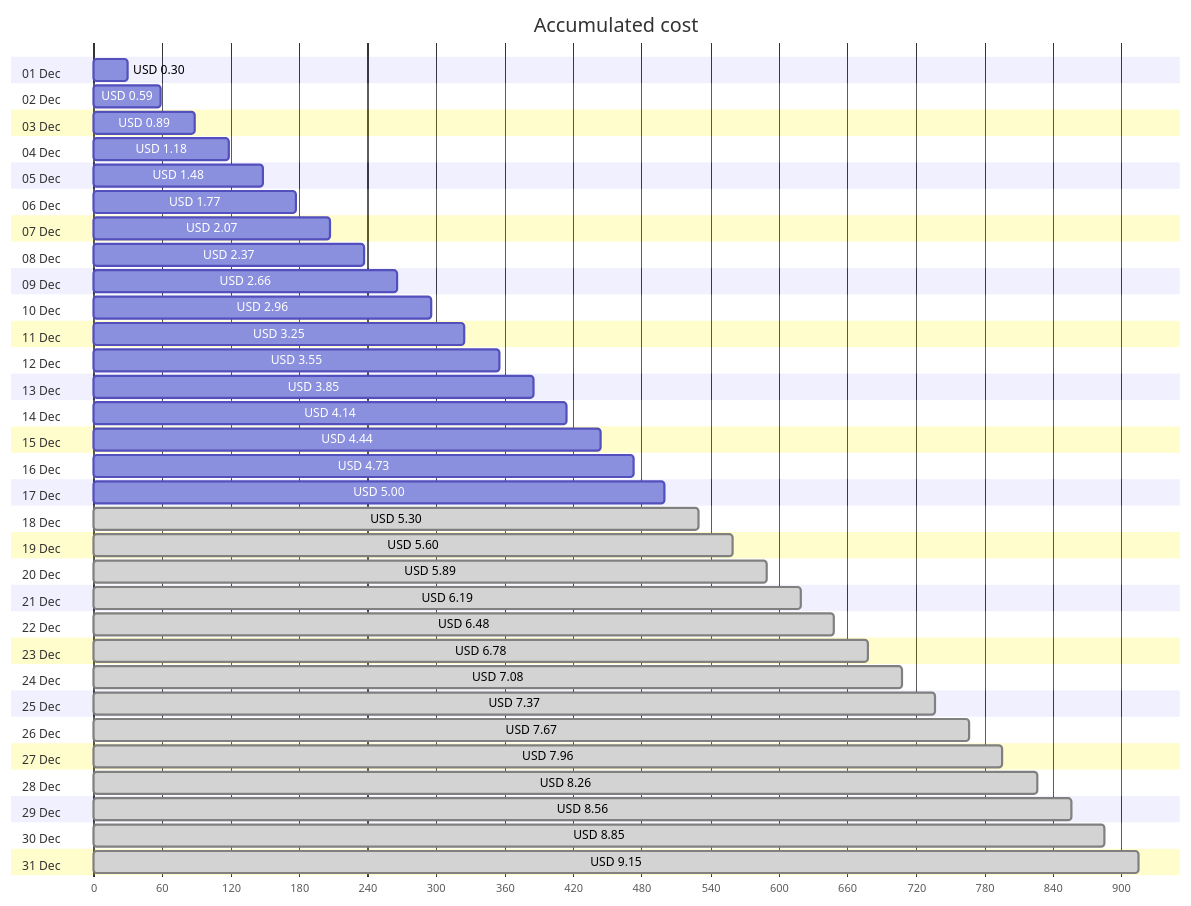
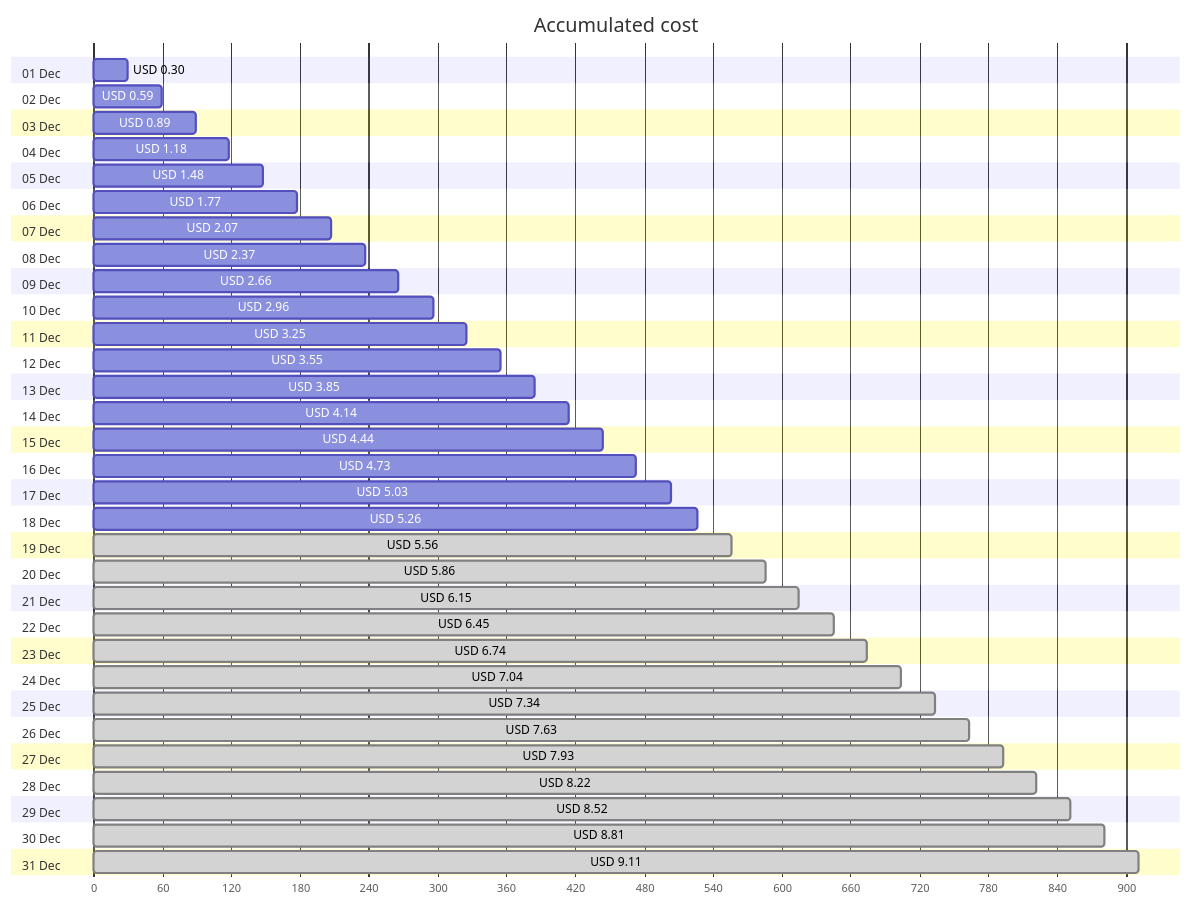
Before and after one commit to jpfulton/azure-personal-reports: the first of 4 diagrams in cost-reports/personal-site/personal-site-preview.md, drawn with Mermaid. The commit also changed other lines of this file and 6 other files, not shown here.

````diff
--- a/cost-reports/personal-site/personal-site-preview.md
+++ b/cost-reports/personal-site/personal-site-preview.md
@@ -20,68 +20,68 @@
 ```mermaid
 gantt
    title Accumulated cost
    dateFormat  X
    axisFormat %s
    section 01 Dec
    USD 0.30 :0, 30
    section 02 Dec
    USD 0.59 :0, 59
    section 03 Dec
    USD 0.89 :0, 89
    section 04 Dec
    USD 1.18 :0, 118
    section 05 Dec
    USD 1.48 :0, 148
    section 06 Dec
    USD 1.77 :0, 177
    section 07 Dec
    USD 2.07 :0, 207
    section 08 Dec
    USD 2.37 :0, 237
    section 09 Dec
    USD 2.66 :0, 266
    section 10 Dec
    USD 2.96 :0, 296
    section 11 Dec
    USD 3.25 :0, 325
    section 12 Dec
    USD 3.55 :0, 355
    section 13 Dec
    USD 3.85 :0, 385
    section 14 Dec
    USD 4.14 :0, 414
    section 15 Dec
    USD 4.44 :0, 444
    section 16 Dec
    USD 4.73 :0, 473
    section 17 Dec
-   USD 5.00 :0, 500
+   USD 5.03 :0, 503
    section 18 Dec
-   USD 5.30 : done, 0, 530
+   USD 5.26 :0, 526
    section 19 Dec
-   USD 5.60 : done, 0, 560
+   USD 5.56 : done, 0, 556
    section 20 Dec
-   USD 5.89 : done, 0, 589
+   USD 5.86 : done, 0, 586
    section 21 Dec
-   USD 6.19 : done, 0, 619
+   USD 6.15 : done, 0, 615
    section 22 Dec
-   USD 6.48 : done, 0, 648
+   USD 6.45 : done, 0, 645
    section 23 Dec
-   USD 6.78 : done, 0, 678
+   USD 6.74 : done, 0, 674
    section 24 Dec
-   USD 7.08 : done, 0, 708
+   USD 7.04 : done, 0, 704
    section 25 Dec
-   USD 7.37 : done, 0, 737
+   USD 7.34 : done, 0, 734
    section 26 Dec
-   USD 7.67 : done, 0, 767
+   USD 7.63 : done, 0, 763
    section 27 Dec
-   USD 7.96 : done, 0, 796
+   USD 7.93 : done, 0, 793
    section 28 Dec
-   USD 8.26 : done, 0, 826
+   USD 8.22 : done, 0, 822
    section 29 Dec
-   USD 8.56 : done, 0, 856
+   USD 8.52 : done, 0, 852
    section 30 Dec
-   USD 8.85 : done, 0, 885
+   USD 8.81 : done, 0, 881
    section 31 Dec
-   USD 9.15 : done, 0, 915
+   USD 9.11 : done, 0, 911
 ```
````
